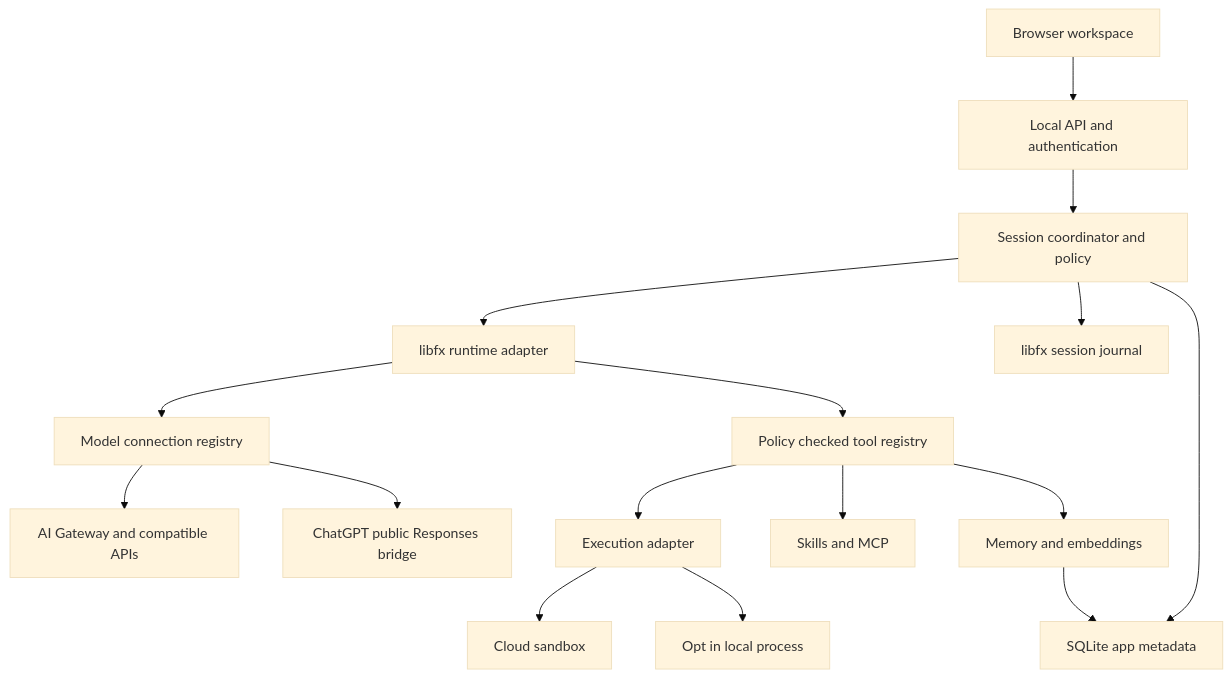
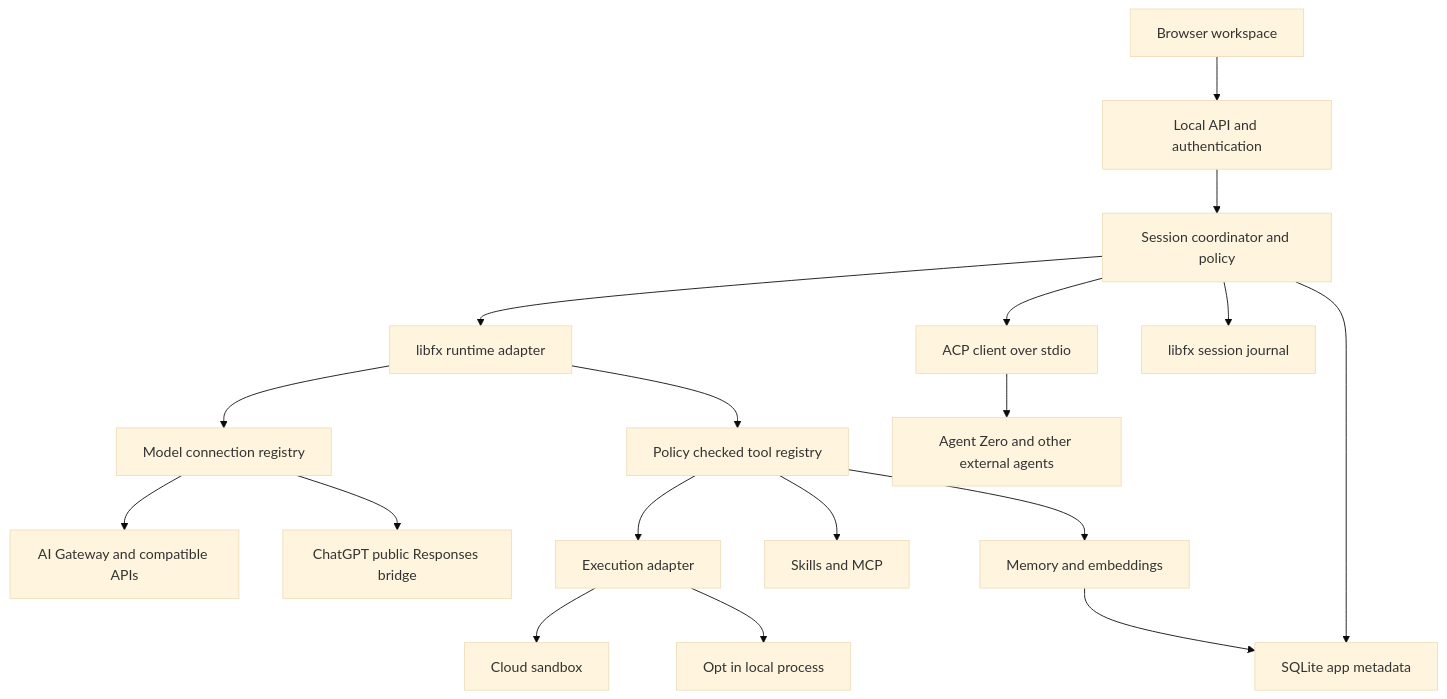
One commit to TerminallyLazy/A0-SLIM changed the diagram in A0-SLIM-SPEC.md. Above: the diagram before and after it, drawn with Mermaid (base theme). The commit also changed other lines of this file and 17 other files, not shown here.

Commit message:
Add generic ACP agent connections alongside the native runtime

````diff
--- a/A0-SLIM-SPEC.md
+++ b/A0-SLIM-SPEC.md
@@ -39,18 +39,20 @@
 ```mermaid
 flowchart TB
   UI[Browser workspace] --> API[Local API and authentication]
   API --> Sessions[Session coordinator and policy]
   Sessions --> Runtime[libfx runtime adapter]
+  Sessions --> ACP[ACP client over stdio]
+  ACP --> Agents[Agent Zero and other external agents]
   Runtime --> Models[Model connection registry]
   Runtime --> Tools[Policy checked tool registry]
   Models --> Gateway[AI Gateway and compatible APIs]
   Models --> ChatGPT[ChatGPT public Responses bridge]
   Tools --> Exec[Execution adapter]
   Exec --> Cloud[Cloud sandbox]
   Exec --> Host[Opt in local process]
   Tools --> Extensions[Skills and MCP]
   Tools --> Recall[Memory and embeddings]
   Sessions --> Journal[libfx session journal]
   Sessions --> DB[SQLite app metadata]
   Recall --> DB
 ```
````
